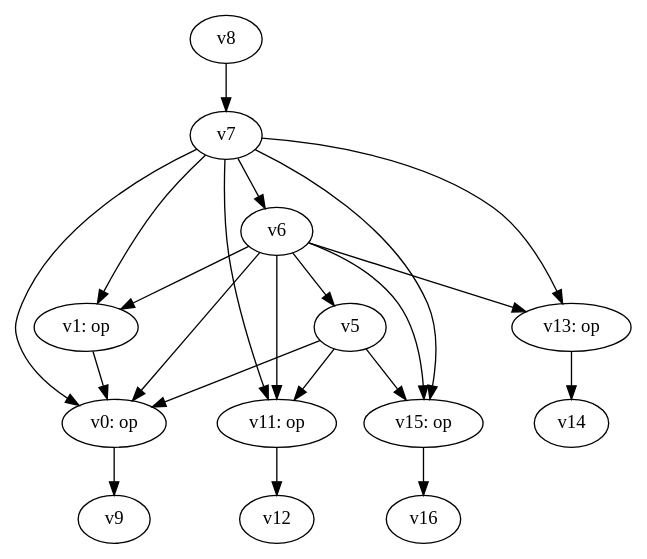
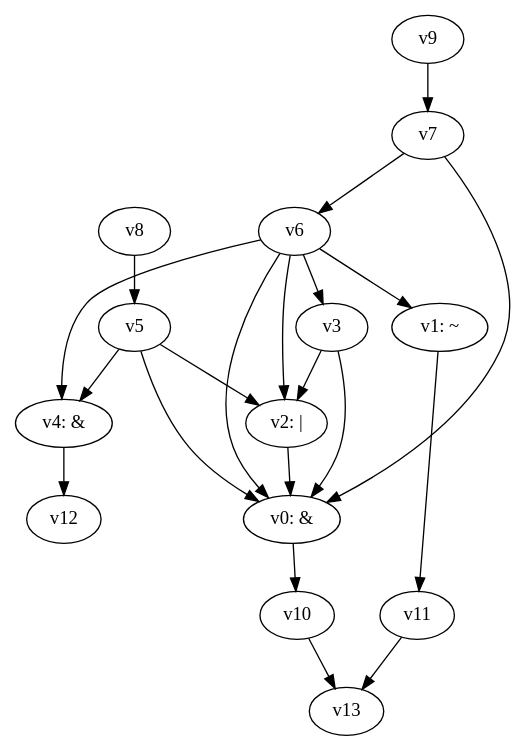
One commit to yadej/graph_project changed the diagram in dot_files/random_bool_circ.dot. Above: the diagram before and after it, drawn with Graphviz. The commit also changed 2 other files, not shown here.

```diff
--- a/dot_files/random_bool_circ.dot
+++ b/dot_files/random_bool_circ.dot
@@ -1,25 +1,24 @@
 digraph G { 
-v0 [label="v0: op"]; 
-v1 [label="v1: op"]; 
-v11 [label="v11: op"]; 
-v13 [label="v13: op"]; 
-v15 [label="v15: op"]; 
-v0 -> v9;
-v1 -> v0;
+v0 [label="v0: &"]; 
+v1 [label="v1: ~"]; 
+v2 [label="v2: |"]; 
+v4 [label="v4: &"]; 
+v0 -> v10 -> v13;
+v1 -> v11 -> v13;
+v2 -> v0;
+v3 -> v0;
+v3 -> v2;
+v4 -> v12;
 v5 -> v0;
-v5 -> v11 -> v12;
-v5 -> v15 -> v16;
+v5 -> v2;
+v5 -> v4;
 v6 -> v0;
 v6 -> v1;
-v6 -> v5;
-v6 -> v11;
-v6 -> v13 -> v14;
-v6 -> v15;
+v6 -> v2;
+v6 -> v3;
+v6 -> v4;
 v7 -> v0;
-v7 -> v1;
 v7 -> v6;
-v7 -> v11;
-v7 -> v13;
-v7 -> v15;
-v8 -> v7;
+v8 -> v5;
+v9 -> v7;
 }
```
